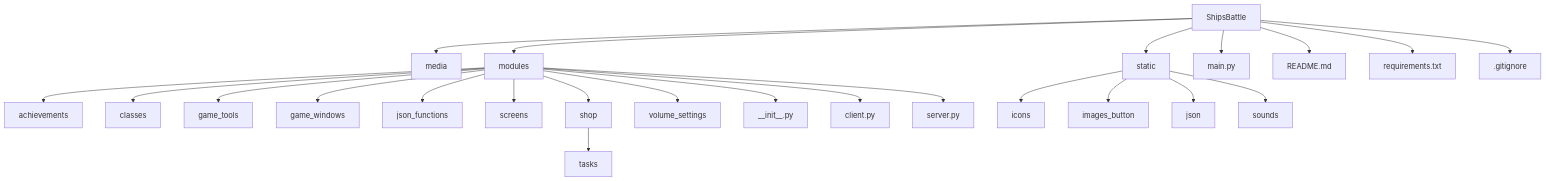
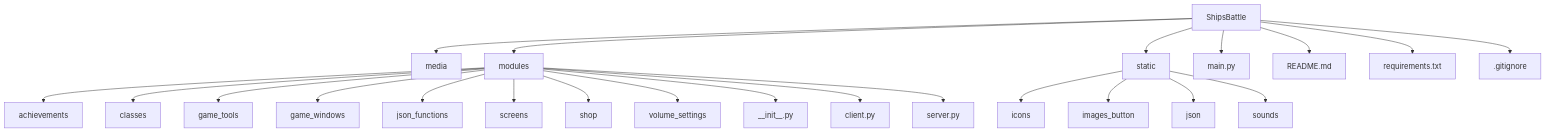
The diagram in README.md (Pranichek/ShipsBattle), drawn with Mermaid before and after one commit. The commit also changed other lines of this file and 4 other files, not shown here.

````diff
--- a/README.md
+++ b/README.md
@@ -116,26 +116,25 @@
 ```mermaid
     graph TD;
         ShipsBattle-->media;
         ShipsBattle-->modules;
         modules-->achievements;
         modules-->classes
         modules-->game_tools;
         modules-->game_windows;
         modules-->json_functions;
         modules-->screens;
         modules-->shop;
-        shop-->tasks;
         modules-->volume_settings;
         modules-->__init__.py;
         modules-->client.py;
         modules-->server.py;
         ShipsBattle-->static;
         static-->icons;
         static-->images_button;
         static-->json;
         static-->sounds;
         ShipsBattle-->main.py;
         ShipsBattle-->README.md;
         ShipsBattle-->requirements.txt;
         ShipsBattle-->.gitignore;
 ```
````
